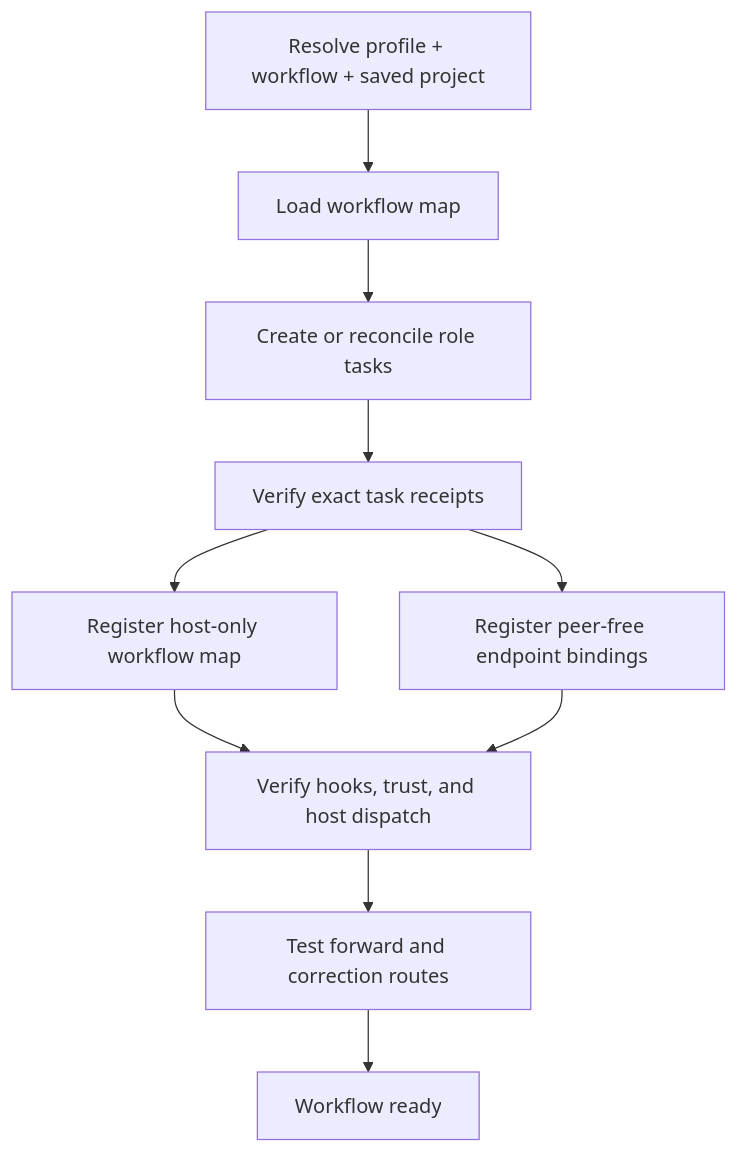
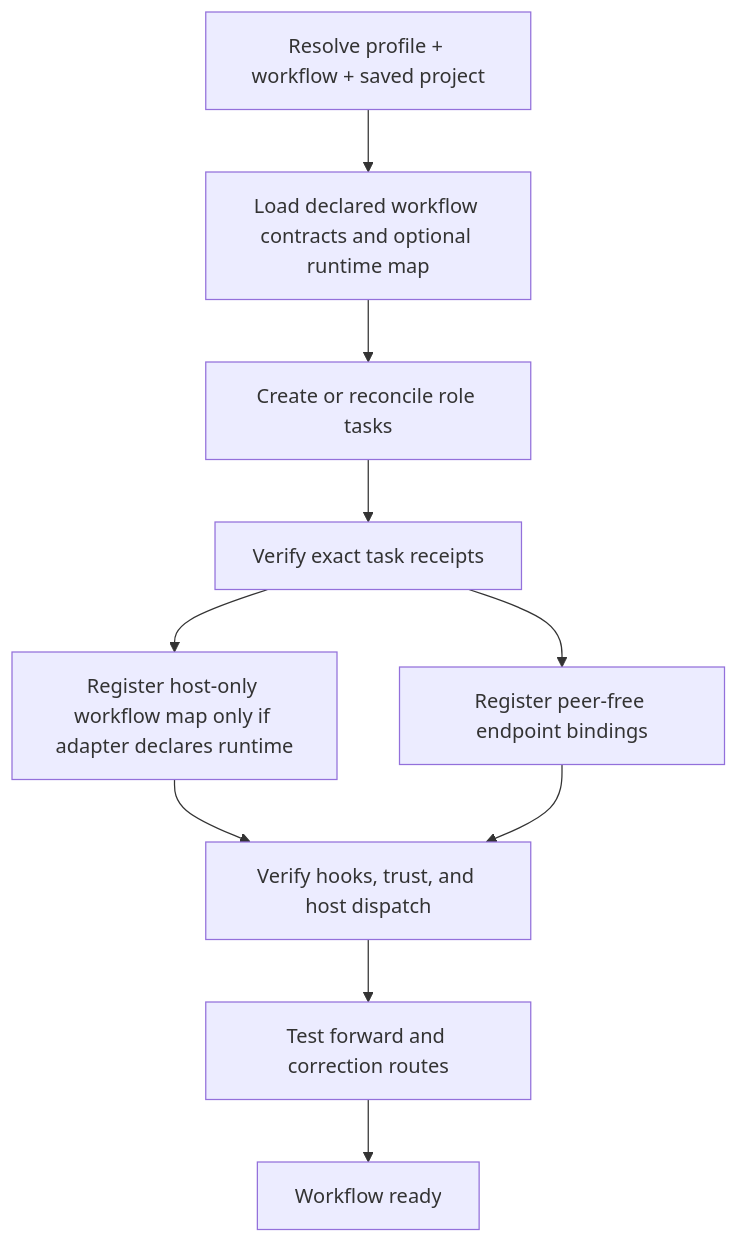
The diagram in platforms/gpt-agents/agents/initialization.md (starodubtsevconsulting/ai-fleas), drawn with Mermaid before and after one commit. The commit also changed other lines of this file and 12 other files, not shown here.

````diff
--- a/platforms/gpt-agents/agents/initialization.md
+++ b/platforms/gpt-agents/agents/initialization.md
@@ -45,12 +47,12 @@
 ```mermaid
 flowchart TD
-    A[Resolve profile + workflow + saved project] --> B[Load workflow map]
+    A[Resolve profile + workflow + saved project] --> B[Load declared workflow contracts and optional runtime map]
     B --> C[Create or reconcile role tasks]
     C --> D[Verify exact task receipts]
-    D --> E[Register host-only workflow map]
+    D --> E[Register host-only workflow map only if adapter declares runtime]
     D --> F[Register peer-free endpoint bindings]
     E --> G[Verify hooks, trust, and host dispatch]
     F --> G
     G --> H[Test forward and correction routes]
     H --> I[Workflow ready]
 ```
````
